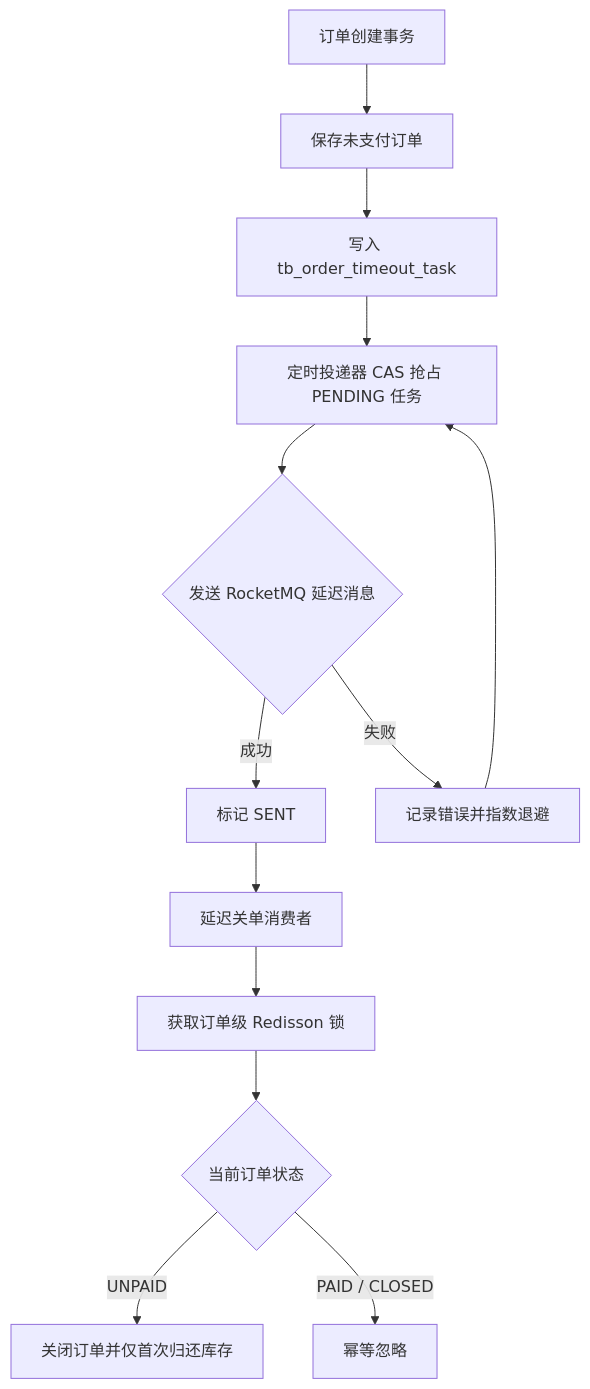
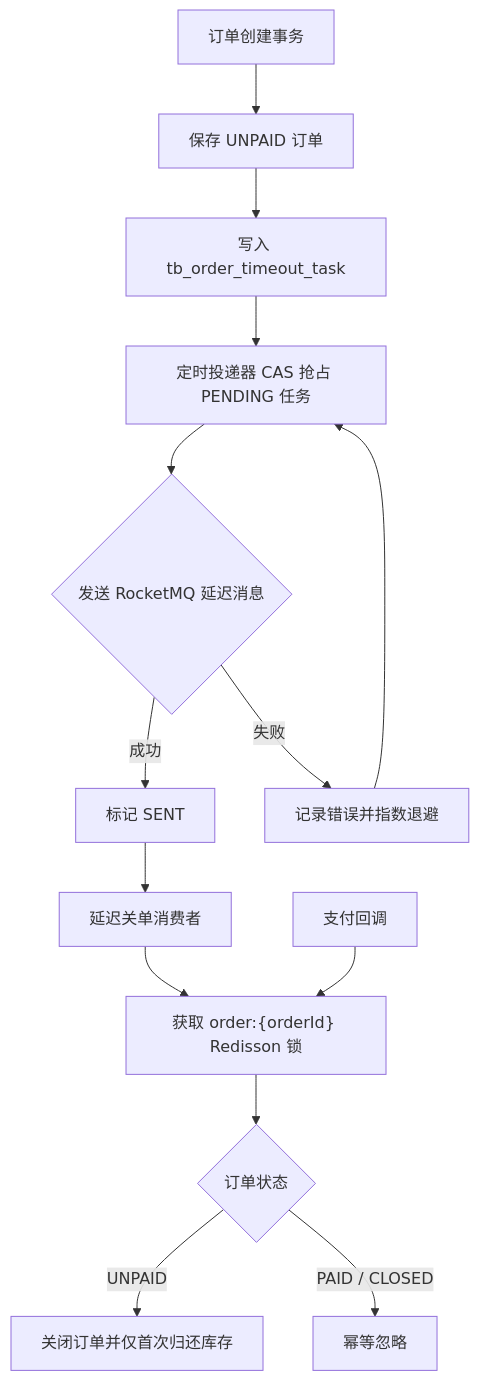
The fourth of 6 diagrams in README.md (llyyyq/niche-review), drawn with Mermaid before and after one commit. The commit also changed other lines of this file and 37 other files, not shown here.

````diff
--- a/README.md
+++ b/README.md
@@ -118,15 +123,16 @@
 ```mermaid
 flowchart TD
-    A["订单创建事务"] --> B["保存未支付订单"]
+    A["订单创建事务"] --> B["保存 UNPAID 订单"]
     B --> C["写入 tb_order_timeout_task"]
     C --> D["定时投递器 CAS 抢占 PENDING 任务"]
     D --> E{"发送 RocketMQ 延迟消息"}
     E -- "成功" --> F["标记 SENT"]
     E -- "失败" --> G["记录错误并指数退避"]
     G --> D
     F --> H["延迟关单消费者"]
-    H --> I["获取订单级 Redisson 锁"]
-    I --> J{"当前订单状态"}
+    H --> I["获取 order:{orderId} Redisson 锁"]
+    I --> J{"订单状态"}
     J -- "UNPAID" --> K["关闭订单并仅首次归还库存"]
     J -- "PAID / CLOSED" --> L["幂等忽略"]
+    P["支付回调"] --> I
 ```
````
